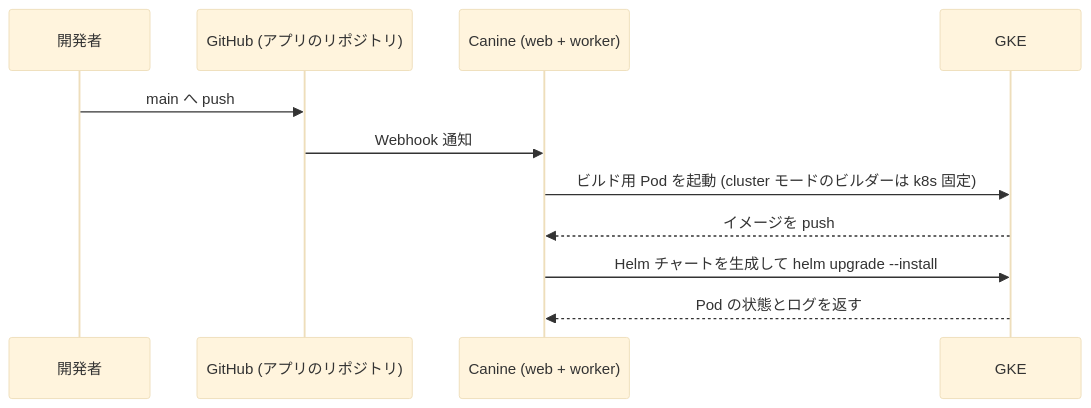
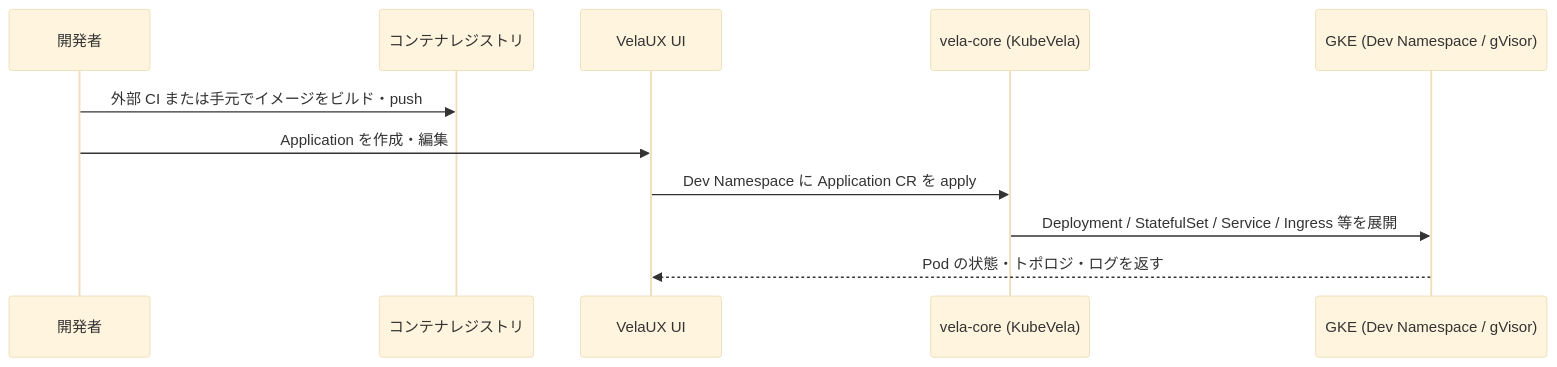
The second of 3 diagrams in docs/DEPLOYMENT_FLOW.md (waxsd100/k8s-platform), drawn with Mermaid (base theme) before and after one commit. The commit also changed other lines of this file and 177 other files, not shown here.

````diff
--- a/docs/DEPLOYMENT_FLOW.md
+++ b/docs/DEPLOYMENT_FLOW.md
@@ -85,14 +84,14 @@
 ```mermaid
 sequenceDiagram
     participant Dev as 開発者
-    participant GH as GitHub (アプリのリポジトリ)
-    participant CN as Canine (web + worker)
-    participant K8s as GKE
+    participant Reg as コンテナレジストリ
+    participant VX as VelaUX UI
+    participant VC as vela-core (KubeVela)
+    participant K8s as GKE (Dev Namespace / gVisor)
 
-    Dev->>GH: main へ push
-    GH->>CN: Webhook 通知
-    CN->>K8s: ビルド用 Pod を起動 (cluster モードのビルダーは k8s 固定)
-    K8s-->>CN: イメージを push
-    CN->>K8s: Helm チャートを生成して helm upgrade --install
-    K8s-->>CN: Pod の状態とログを返す
+    Dev->>Reg: 外部 CI または手元でイメージをビルド・push
+    Dev->>VX: Application を作成・編集
+    VX->>VC: Dev Namespace に Application CR を apply
+    VC->>K8s: Deployment / StatefulSet / Service / Ingress 等を展開
+    K8s-->>VX: Pod の状態・トポロジ・ログを返す
 ```
````
